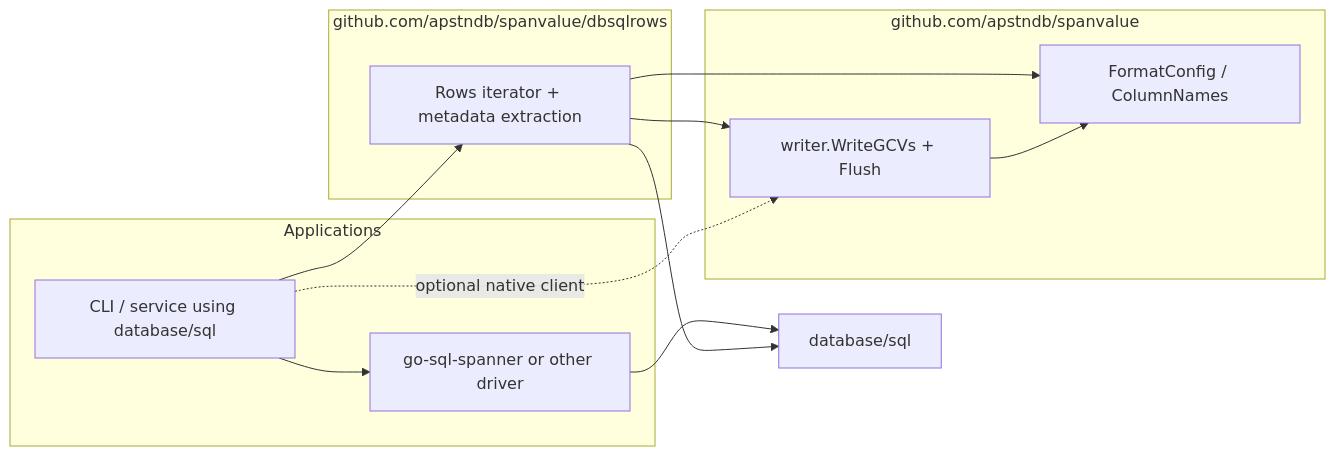
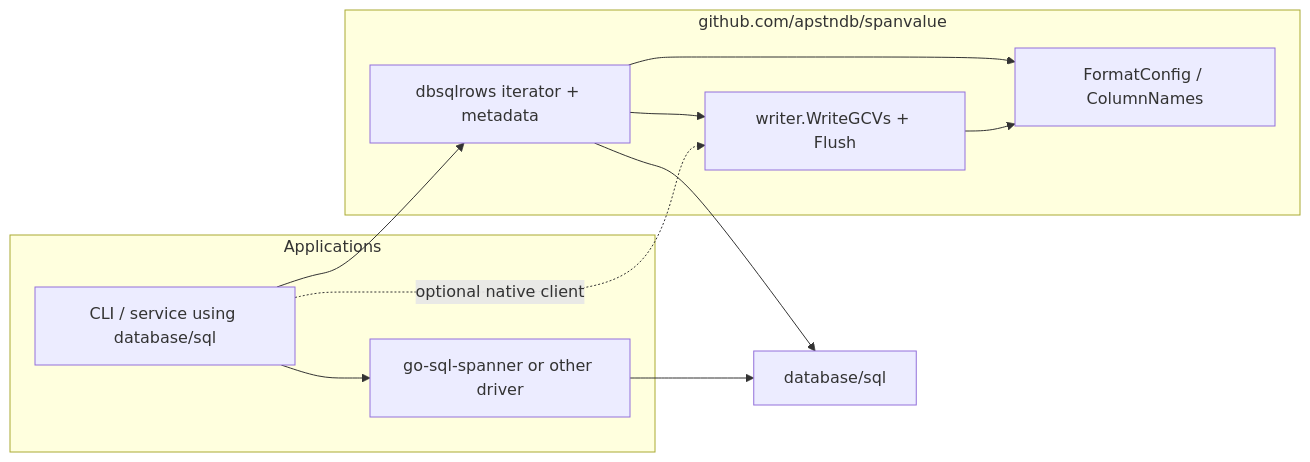
The diagram in dbsqlrows/README.md (apstndb/spanvalue), drawn with Mermaid before and after one commit. The commit also changed other lines of this file and 7 other files, not shown here.

First line of the commit message:
Integrate dbsqlrows into root spanvalue module.

````diff
--- a/dbsqlrows/README.md
+++ b/dbsqlrows/README.md
@@ -33,23 +34,21 @@
 ```mermaid
 flowchart LR
   subgraph apps [Applications]
     A[CLI / service using database/sql]
     D[go-sql-spanner or other driver]
   end
-  subgraph dbsqlrows_mod [github.com/apstndb/spanvalue/dbsqlrows]
-    S[Rows iterator + metadata extraction]
-  end
   subgraph spanvalue_root [github.com/apstndb/spanvalue]
+    S[dbsqlrows iterator + metadata]
     V[FormatConfig / ColumnNames]
     W[writer.WriteGCVs + Flush]
   end
   SQL[database/sql]
   A --> D
   A --> S
   D --> SQL
   S --> SQL
   S --> W
   S --> V
   W --> V
   A -. optional native client .-> W
 ```
````
